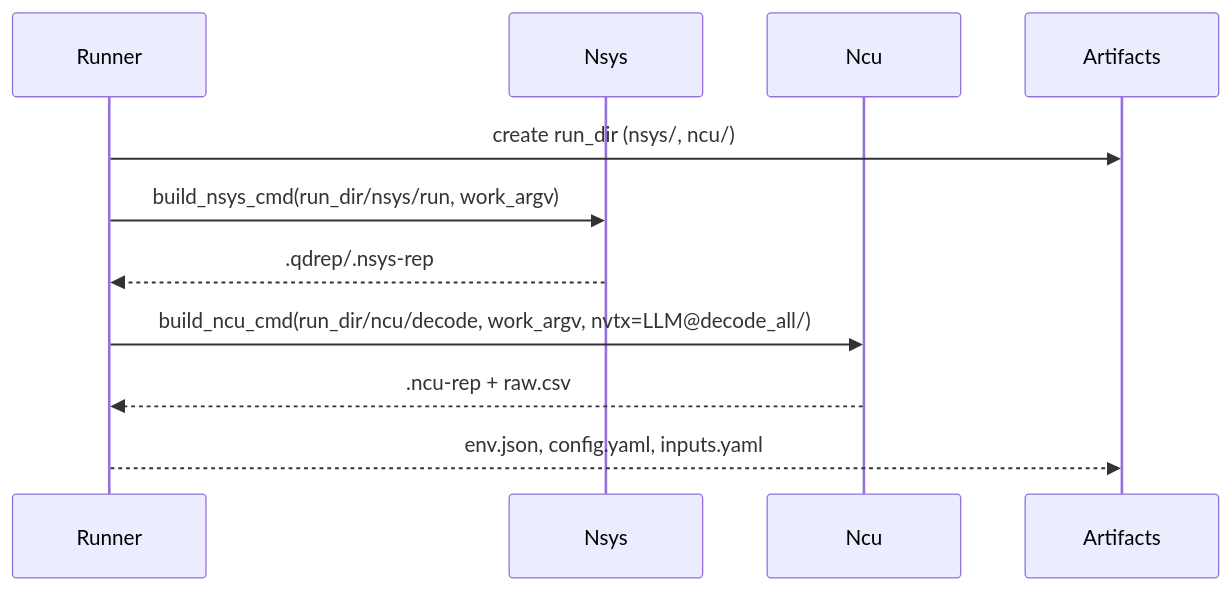
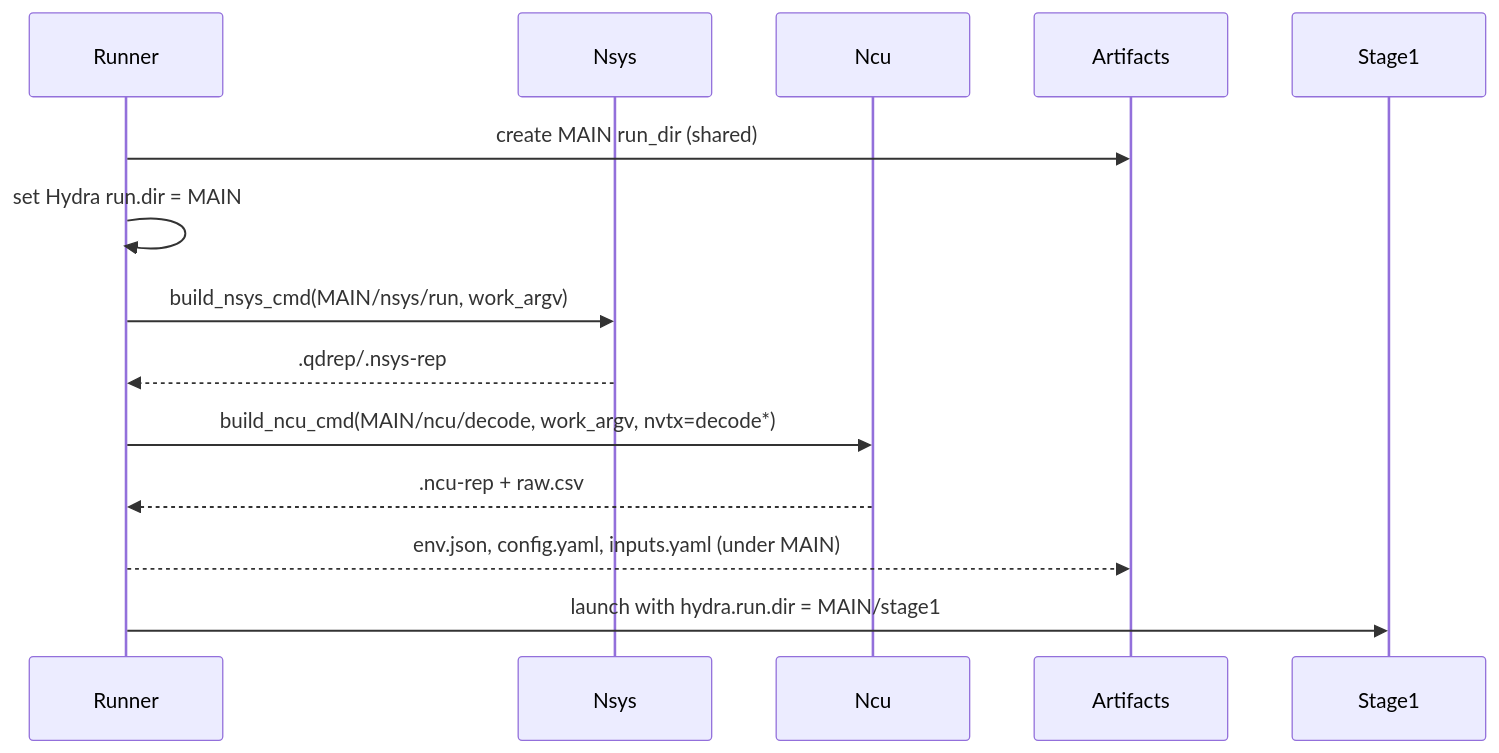
The diagram in context/tasks/002-nvidia-llm-profiling/impl-phase-3-us1.md (CodeGandee/llm-perf-opt), drawn with Mermaid before and after one commit. The commit also changed other lines of this file and 44 other files, not shown here.

Commit message:
Stage 2: probe NCU sections; write ncu/sections.txt via 'ncu --list-sections' before capture

````diff
--- a/context/tasks/002-nvidia-llm-profiling/impl-phase-3-us1.md
+++ b/context/tasks/002-nvidia-llm-profiling/impl-phase-3-us1.md
@@ -57,14 +57,16 @@
 ```mermaid
 sequenceDiagram
     participant Runner
     participant Nsys
     participant Ncu
     participant Artifacts
 
-    Runner->>Artifacts: create run_dir (nsys/, ncu/)
-    Runner->>Nsys: build_nsys_cmd(run_dir/nsys/run, work_argv)
+    Runner->>Artifacts: create MAIN run_dir (shared)
+    Runner->>Runner: set Hydra run.dir = MAIN
+    Runner->>Nsys: build_nsys_cmd(MAIN/nsys/run, work_argv)
     Nsys-->>Runner: .qdrep/.nsys-rep
-    Runner->>Ncu: build_ncu_cmd(run_dir/ncu/decode, work_argv, nvtx=LLM@decode_all/)
+    Runner->>Ncu: build_ncu_cmd(MAIN/ncu/decode, work_argv, nvtx=decode*)
     Ncu-->>Runner: .ncu-rep + raw.csv
-    Runner-->>Artifacts: env.json, config.yaml, inputs.yaml
+    Runner-->>Artifacts: env.json, config.yaml, inputs.yaml (under MAIN)
+    Runner->>Stage1: launch with hydra.run.dir = MAIN/stage1
 ```
````
